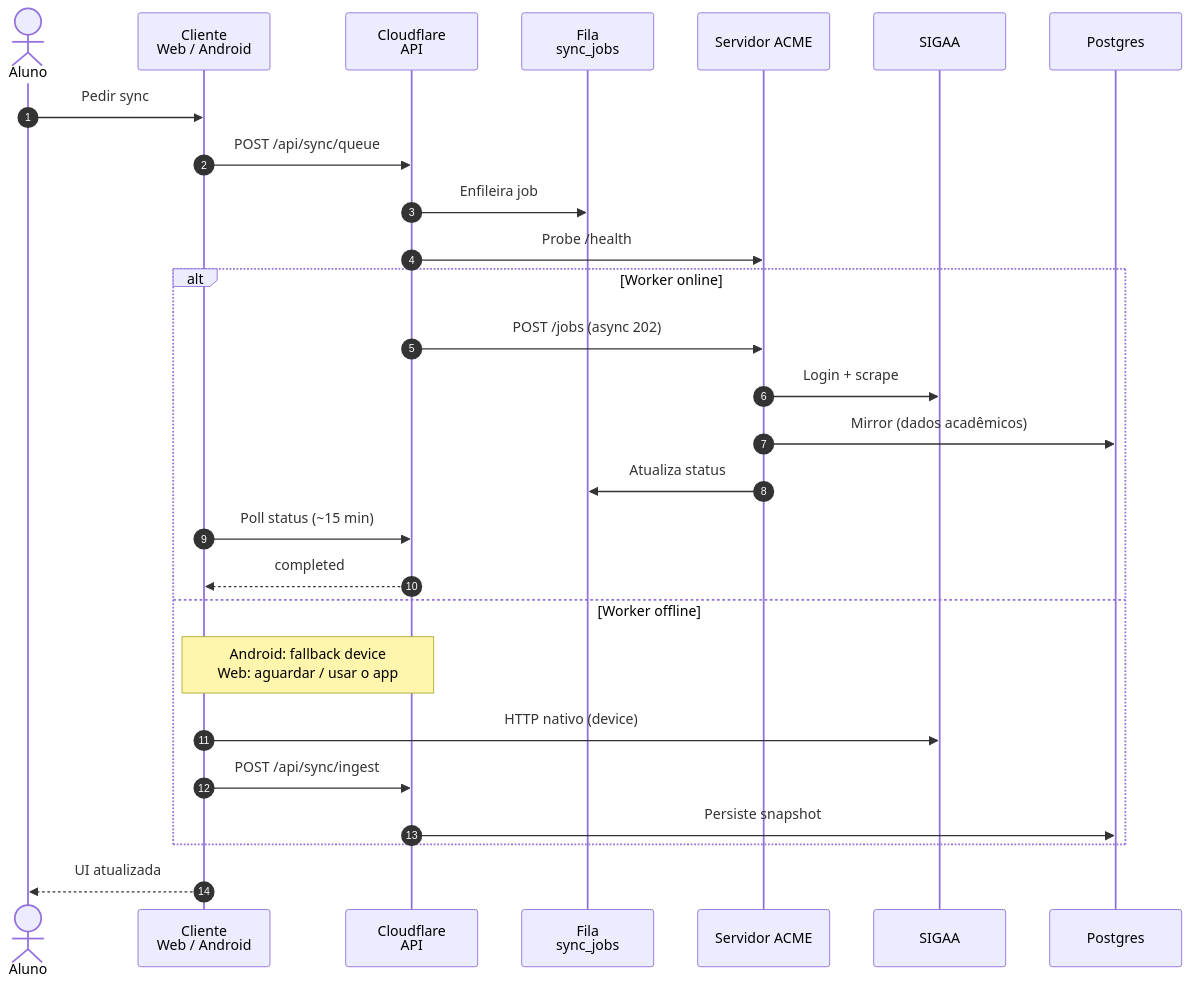
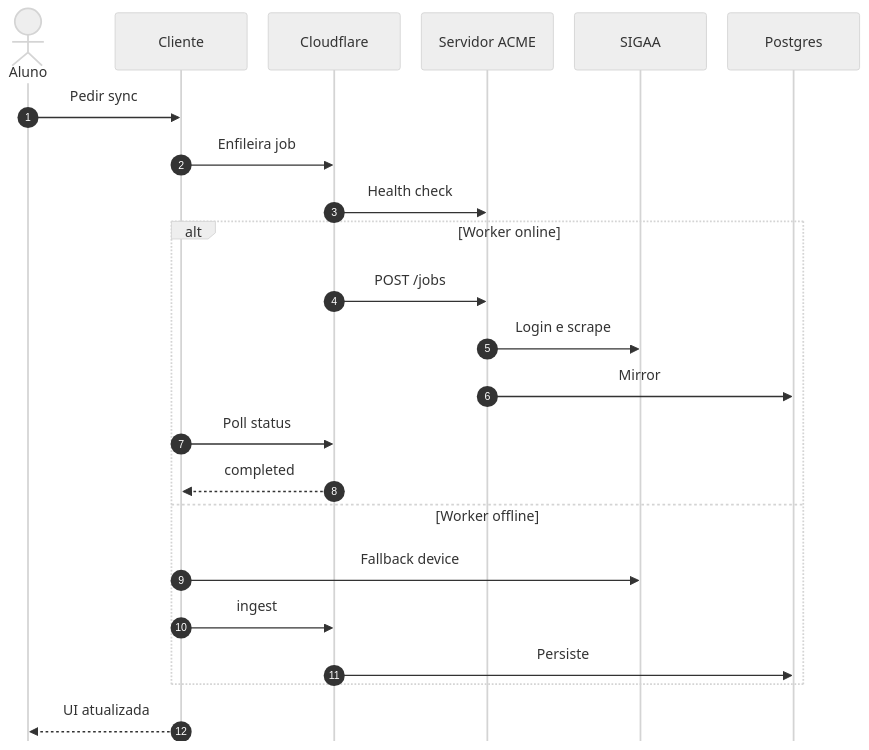
Before and after one commit to KairoHenrique/CEFET-Academic-Planner: the second of 5 diagrams in README.md, drawn with Mermaid. The commit also changed other lines of this file, not shown here.

Commit message:
docs: Mermaid mais limpo e legivel no README

````diff
--- a/README.md
+++ b/README.md
@@ -169,32 +167,29 @@
 ```mermaid
+%%{init: {"theme": "neutral", "sequence": {"mirrorActors": false, "actorMargin": 24, "messageMargin": 36}}}%%
 sequenceDiagram
   autonumber
-  actor U as Aluno
-  participant C as Cliente<br/>Web / Android
-  participant API as Cloudflare<br/>API
-  participant Q as Fila<br/>sync_jobs
-  participant W as Servidor ACME
-  participant S as SIGAA
+  actor Aluno
+  participant App as Cliente
+  participant API as Cloudflare
+  participant Worker as Servidor ACME
+  participant SIGAA
   participant DB as Postgres
 
-  U->>C: Pedir sync
-  C->>API: POST /api/sync/queue
-  API->>Q: Enfileira job
-  API->>W: Probe /health
+  Aluno->>App: Pedir sync
+  App->>API: Enfileira job
+  API->>Worker: Health check
 
   alt Worker online
-    API->>W: POST /jobs (async 202)
-    W->>S: Login + scrape
-    W->>DB: Mirror (dados acadêmicos)
-    W->>Q: Atualiza status
-    C->>API: Poll status (~15 min)
-    API-->>C: completed
+    API->>Worker: POST /jobs
+    Worker->>SIGAA: Login e scrape
+    Worker->>DB: Mirror
+    App->>API: Poll status
+    API-->>App: completed
   else Worker offline
-    Note over C,API: Android: fallback device<br/>Web: aguardar / usar o app
-    C->>S: HTTP nativo (device)
-    C->>API: POST /api/sync/ingest
-    API->>DB: Persiste snapshot
+    App->>SIGAA: Fallback device
+    App->>API: ingest
+    API->>DB: Persiste
   end
 
-  C-->>U: UI atualizada
+  App-->>Aluno: UI atualizada
 ```
````
